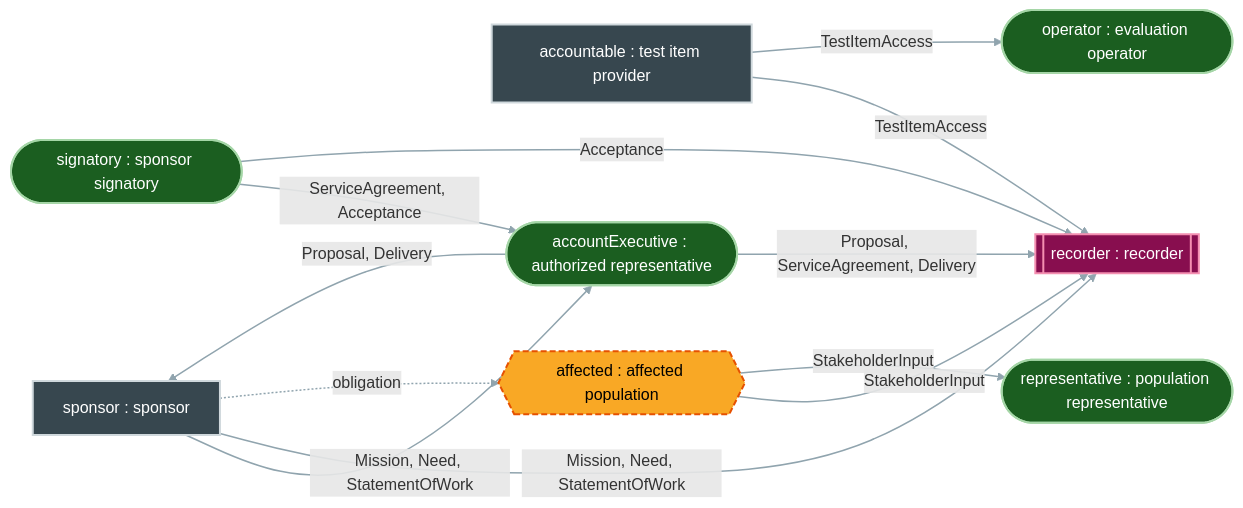
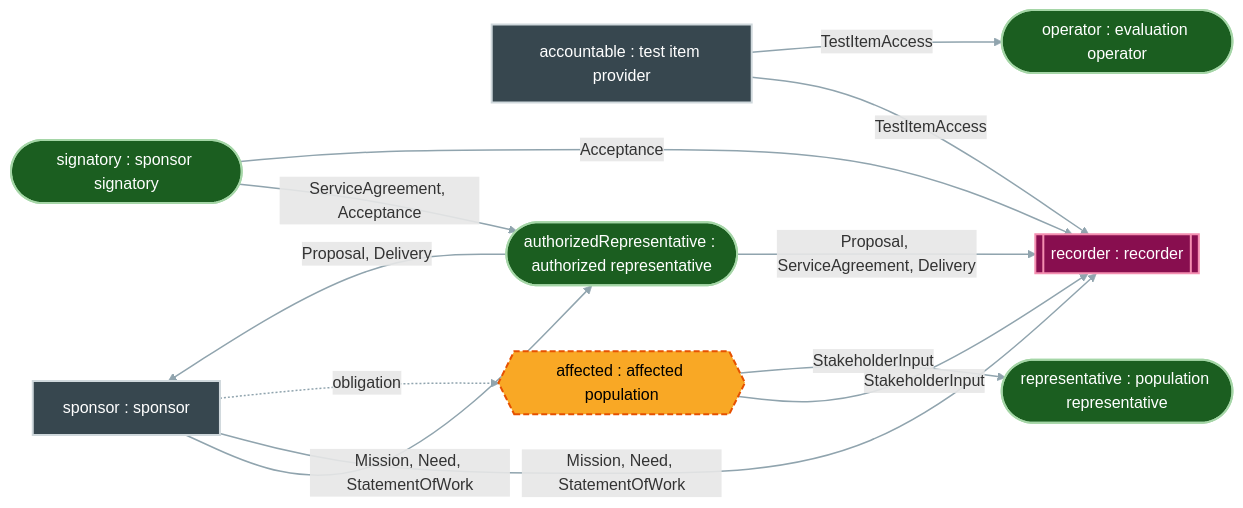
One commit to DynamicalSystemsGroup/og-caie-spec changed the diagram in generated/wiring-contracting.md. Above: the diagram before and after it, drawn with Mermaid. The commit also changed 79 other files, not shown here.

First line of the commit message:
Sheet 10-49: the identifiers follow the headword authorized representative

````diff
--- a/generated/wiring-contracting.md
+++ b/generated/wiring-contracting.md
@@ -1,31 +1,31 @@
 ```{mermaid}
 flowchart LR
   accountable["accountable : test item provider"]
   affected{{"affected : affected population"}}
   sponsor["sponsor : sponsor"]
   sponsor_signatory(["signatory : sponsor signatory"])
-  testingOrg_accountExecutive(["accountExecutive : authorized representative"])
+  testingOrg_authorizedRepresentative(["authorizedRepresentative : authorized representative"])
   testingOrg_recorder[["recorder : recorder"]]
   testingOrg_team_operator(["operator : evaluation operator"])
   testingOrg_team_representative(["representative : population representative"])
   accountable -- "TestItemAccess" --> testingOrg_recorder
   accountable -- "TestItemAccess" --> testingOrg_team_operator
   affected -- "StakeholderInput" --> testingOrg_recorder
   affected -- "StakeholderInput" --> testingOrg_team_representative
-  sponsor -- "Mission, Need, StatementOfWork" --> testingOrg_accountExecutive
+  sponsor -- "Mission, Need, StatementOfWork" --> testingOrg_authorizedRepresentative
   sponsor -- "Mission, Need, StatementOfWork" --> testingOrg_recorder
-  sponsor_signatory -- "ServiceAgreement, Acceptance" --> testingOrg_accountExecutive
+  sponsor_signatory -- "ServiceAgreement, Acceptance" --> testingOrg_authorizedRepresentative
   sponsor_signatory -- "Acceptance" --> testingOrg_recorder
-  testingOrg_accountExecutive -- "Proposal, Delivery" --> sponsor
-  testingOrg_accountExecutive -- "Proposal, ServiceAgreement, Delivery" --> testingOrg_recorder
+  testingOrg_authorizedRepresentative -- "Proposal, Delivery" --> sponsor
+  testingOrg_authorizedRepresentative -- "Proposal, ServiceAgreement, Delivery" --> testingOrg_recorder
   sponsor -. "obligation" .-> affected
   classDef person fill:#1b5e20,stroke:#a5d6a7,stroke-width:2px,color:#ffffff;
   classDef machine fill:#880e4f,stroke:#f48fb1,stroke-width:2px,color:#ffffff;
   classDef party fill:#f9a825,stroke:#e65100,stroke-width:2px,stroke-dasharray: 6 3,color:#000000;
   classDef organization fill:#37474f,stroke:#cfd8dc,stroke-width:2px,color:#ffffff;
   linkStyle default stroke:#90a4ae,stroke-width:1.5px;
-  class sponsor_signatory,testingOrg_accountExecutive,testingOrg_team_operator,testingOrg_team_representative person;
+  class sponsor_signatory,testingOrg_authorizedRepresentative,testingOrg_team_operator,testingOrg_team_representative person;
   class testingOrg_recorder machine;
   class affected party;
   class accountable,sponsor organization;
 ```
````
